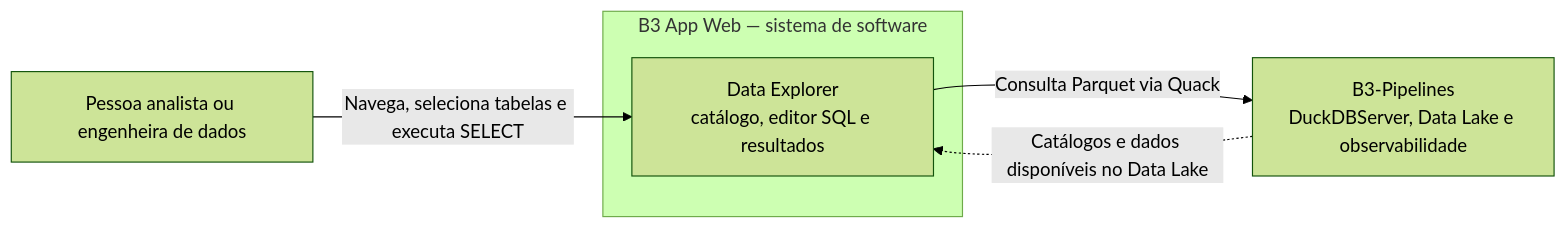
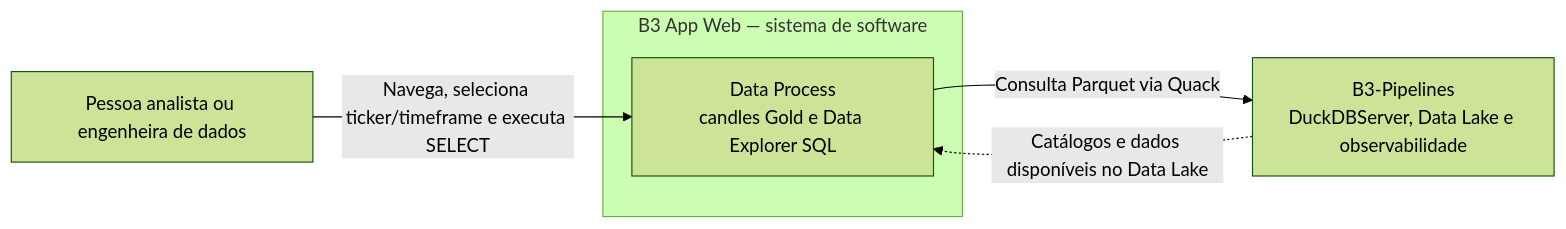
One commit to BiellBatista/Python.DataEngineering changed the first of 2 diagrams in B3-Web-App/README.md. Above: the diagram before and after it, drawn with Mermaid (forest theme). The commit also changed other lines of this file and 25 other files, not shown here.

First line of the commit message:
feat: add Gold candles chart tab and rename app to Data Process

````diff
--- a/B3-Web-App/README.md
+++ b/B3-Web-App/README.md
@@ -38,14 +44,14 @@
 ```mermaid
 flowchart LR
     Person["Pessoa analista ou engenheira de dados"]
 
     subgraph WebApp["B3 App Web — sistema de software"]
-        Explorer["Data Explorer<br/>catálogo, editor SQL e resultados"]
+        Explorer["Data Process<br/>candles Gold e Data Explorer SQL"]
     end
 
     Pipelines["B3-Pipelines<br/>DuckDBServer, Data Lake e observabilidade"]
 
-    Person -->|"Navega, seleciona tabelas e executa SELECT"| Explorer
+    Person -->|"Navega, seleciona ticker/timeframe e executa SELECT"| Explorer
     Explorer -->|"Consulta Parquet via Quack"| Pipelines
     Pipelines -.->|"Catálogos e dados disponíveis no Data Lake"| Explorer
 ```
````
